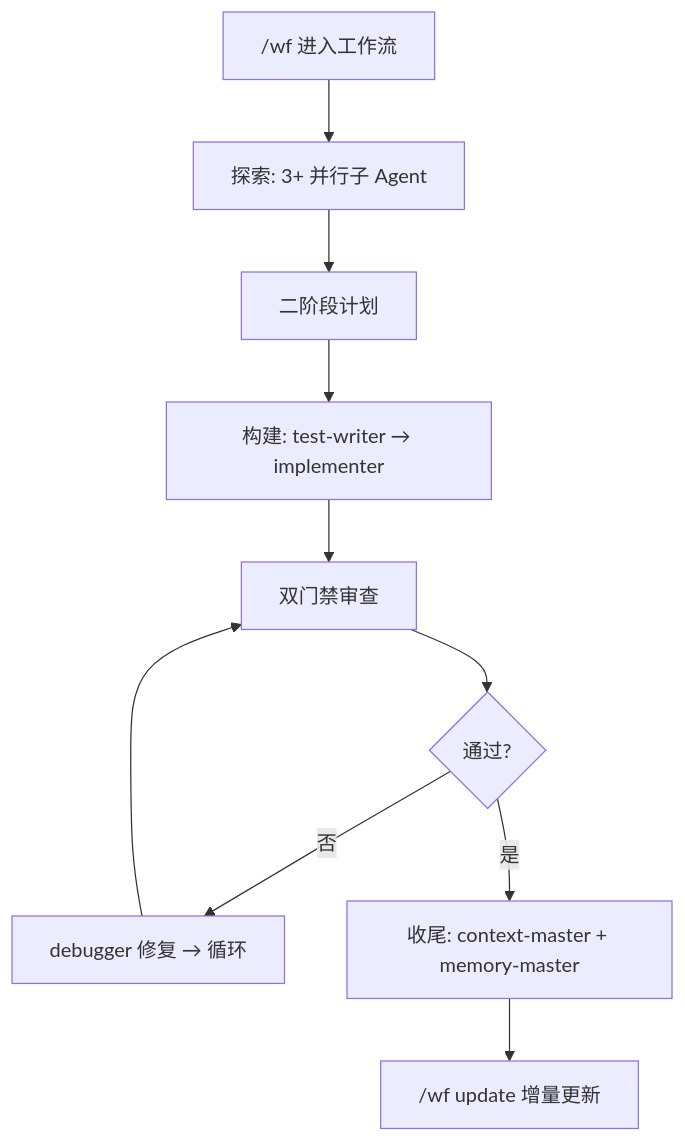
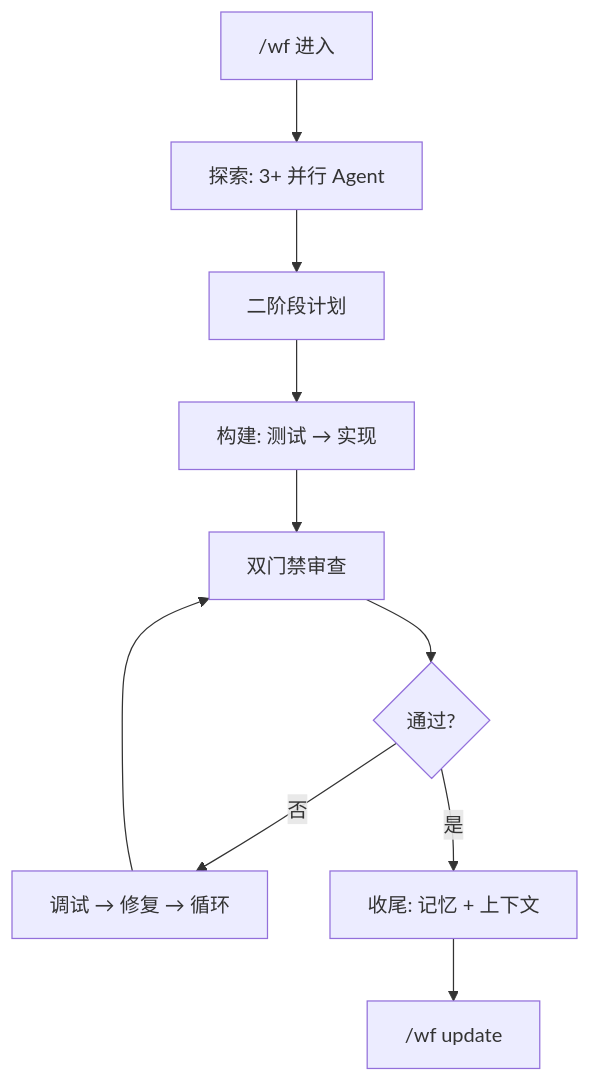
One commit to zingspark/create-harness-vibe-coding changed the diagram in README-CN.md. Above: the diagram before and after it, drawn with Mermaid. The commit also changed other lines of this file and 1 other file, not shown here.

````diff
--- a/README-CN.md
+++ b/README-CN.md
@@ -95,12 +84,12 @@
 ```mermaid
 graph TD
-    A[ /wf 进入工作流 ] --> B[ 探索: 3+ 并行子 Agent ]
+    A[ /wf 进入 ] --> B[ 探索: 3+ 并行 Agent ]
     B --> C[ 二阶段计划 ]
-    C --> D[ 构建: test-writer → implementer ]
+    C --> D[ 构建: 测试 → 实现 ]
     D --> E[ 双门禁审查 ]
     E --> F{ 通过? }
-    F -->| 否 | G[ debugger 修复 → 循环 ]
+    F -->| 否 | G[ 调试 → 修复 → 循环 ]
     G --> E
-    F -->| 是 | H[ 收尾: context-master + memory-master ]
-    H --> I[ /wf update 增量更新 ]
+    F -->| 是 | H[ 收尾: 记忆 + 上下文 ]
+    H --> I[ /wf update ]
 ```
````
